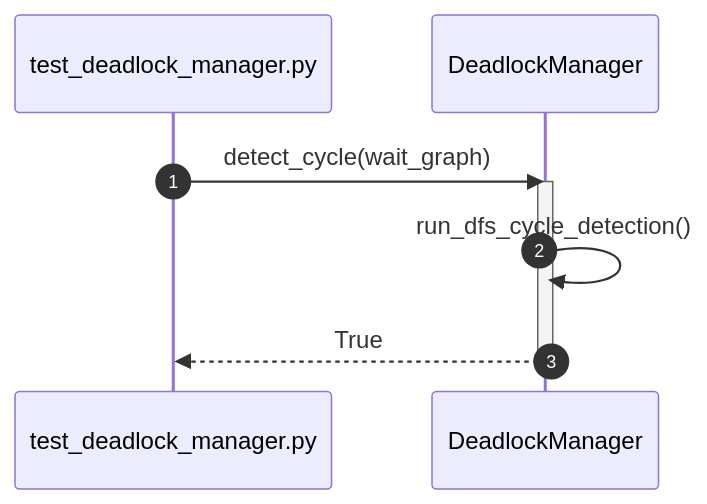
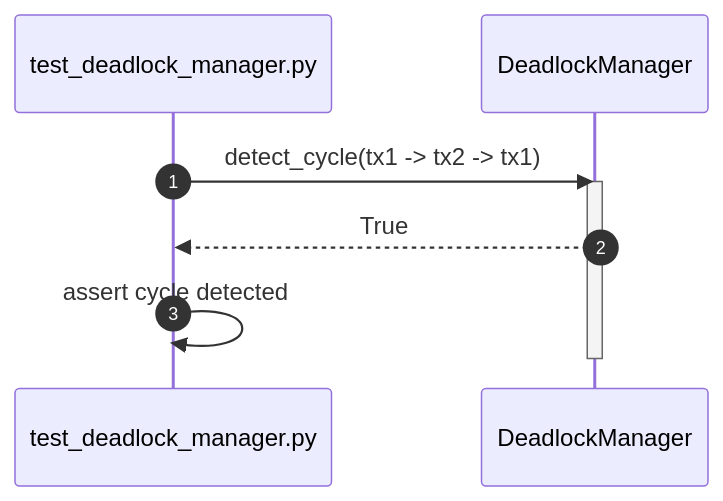
One commit to taitran501/DBMS changed the second of 52 diagrams in diagrams/sequence/transaction.md. Above: the diagram before and after it, drawn with Mermaid. The commit also changed other lines of this file and 6 other files, not shown here.

````diff
--- a/diagrams/sequence/transaction.md
+++ b/diagrams/sequence/transaction.md
@@ -26,12 +26,12 @@
 ```mermaid
 sequenceDiagram
     autonumber
     participant Test as test_deadlock_manager.py
     participant SUT as DeadlockManager
 
-    Test->>SUT: detect_cycle(wait_graph)
+    Test->>SUT: detect_cycle(tx1 -> tx2 -> tx1)
     activate SUT
-    SUT->>SUT: run_dfs_cycle_detection()
     SUT-->>Test: True
+    Test->>Test: assert cycle detected
     deactivate SUT
 ```
````
